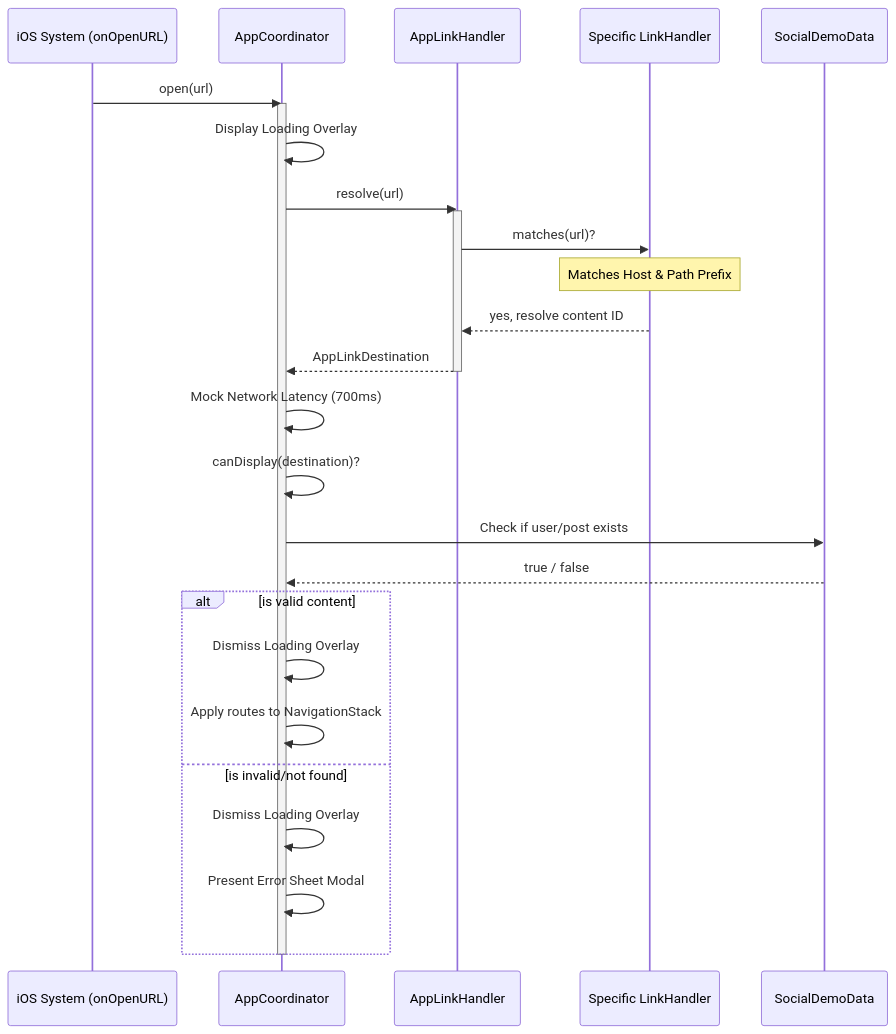
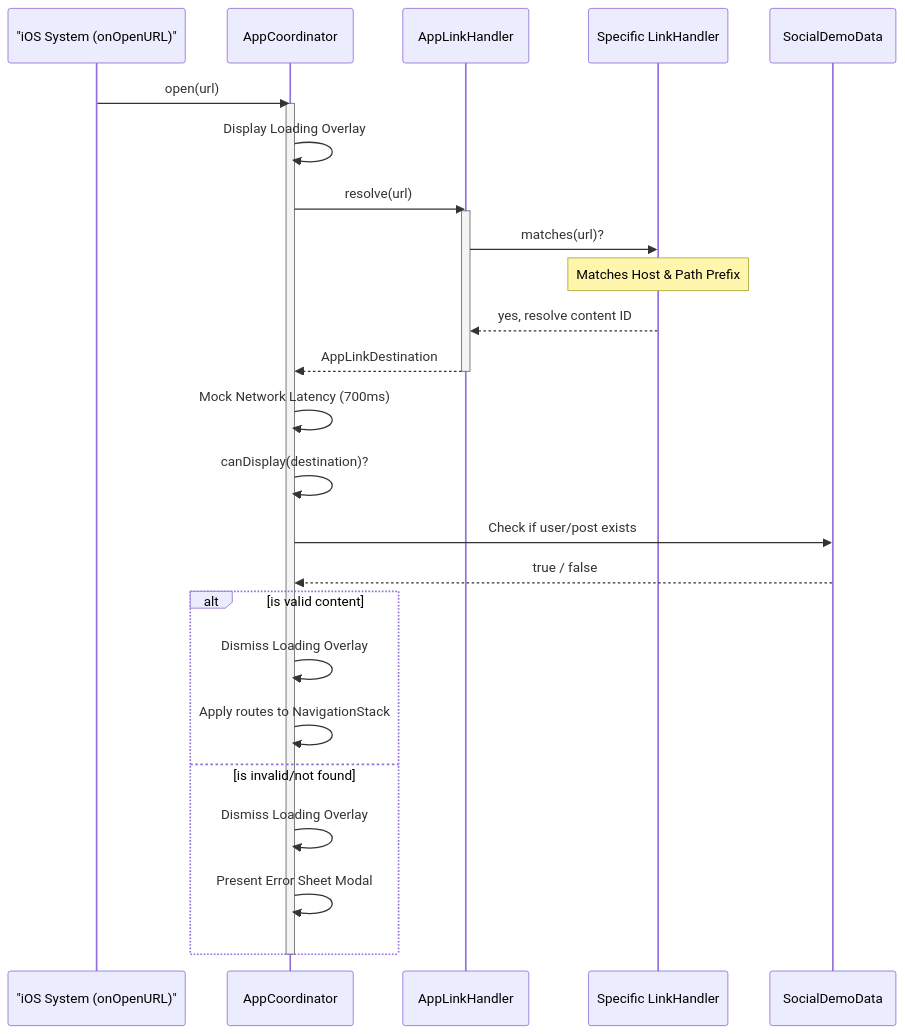
One commit to Rafs95/iOS16Navigation changed the diagram in docs/deep-linking.md. Above: the diagram before and after it, drawn with Mermaid. The commit also changed 1 other file, not shown here.

Commit message:
docs: fix Mermaid syntax parsing errors by quoting titles with parentheses

````diff
--- a/docs/deep-linking.md
+++ b/docs/deep-linking.md
@@ -11,33 +11,33 @@
 ```mermaid
 sequenceDiagram
-    participant OS as iOS System (onOpenURL)
+    participant OS as "iOS System (onOpenURL)"
     participant AC as AppCoordinator
     participant LH as AppLinkHandler
     participant H as Specific LinkHandler
     participant DB as SocialDemoData
 
     OS->>AC: open(url)
     activate AC
     AC->>AC: Display Loading Overlay
     AC->>LH: resolve(url)
     activate LH
     LH->>H: matches(url)?
     Note over H: Matches Host & Path Prefix
     H-->>LH: yes, resolve content ID
     LH-->>AC: AppLinkDestination
     deactivate LH
     
     AC->>AC: Mock Network Latency (700ms)
     AC->>AC: canDisplay(destination)?
     AC->>DB: Check if user/post exists
     DB-->>AC: true / false
     
     alt is valid content
         AC->>AC: Dismiss Loading Overlay
         AC->>AC: Apply routes to NavigationStack
     else is invalid/not found
         AC->>AC: Dismiss Loading Overlay
         AC->>AC: Present Error Sheet Modal
     end
     deactivate AC
 ```
````
